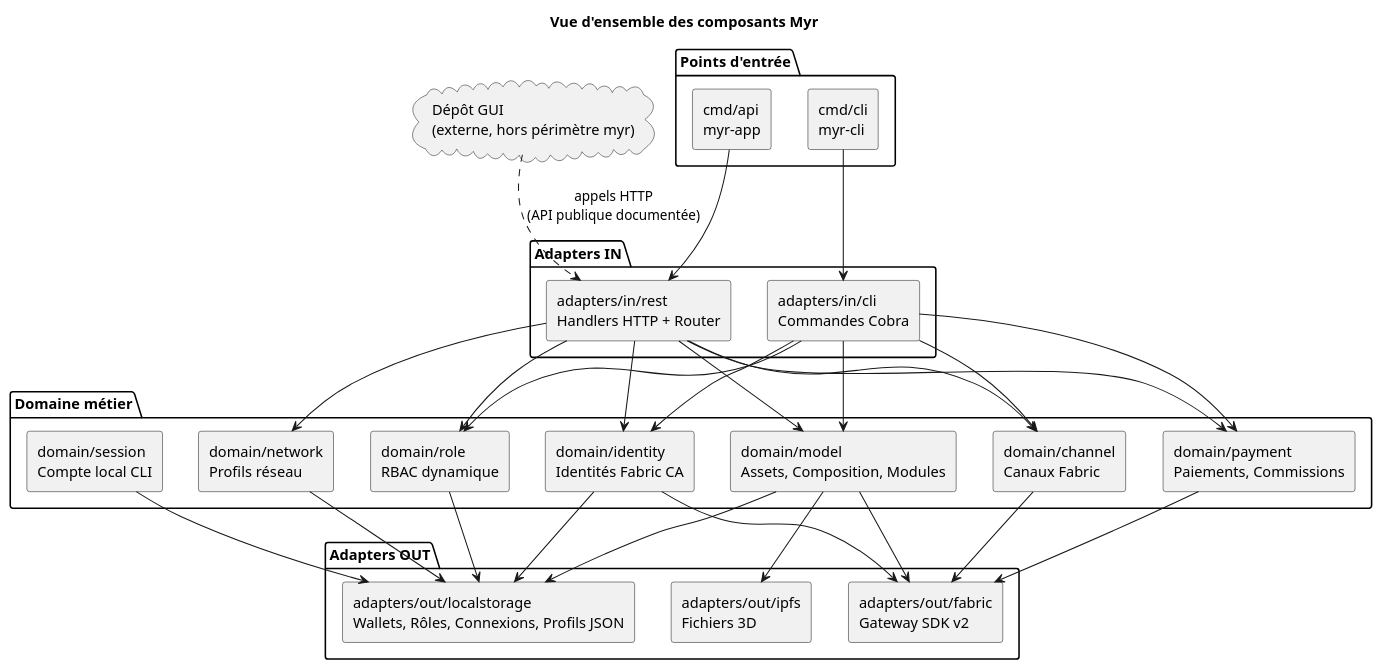
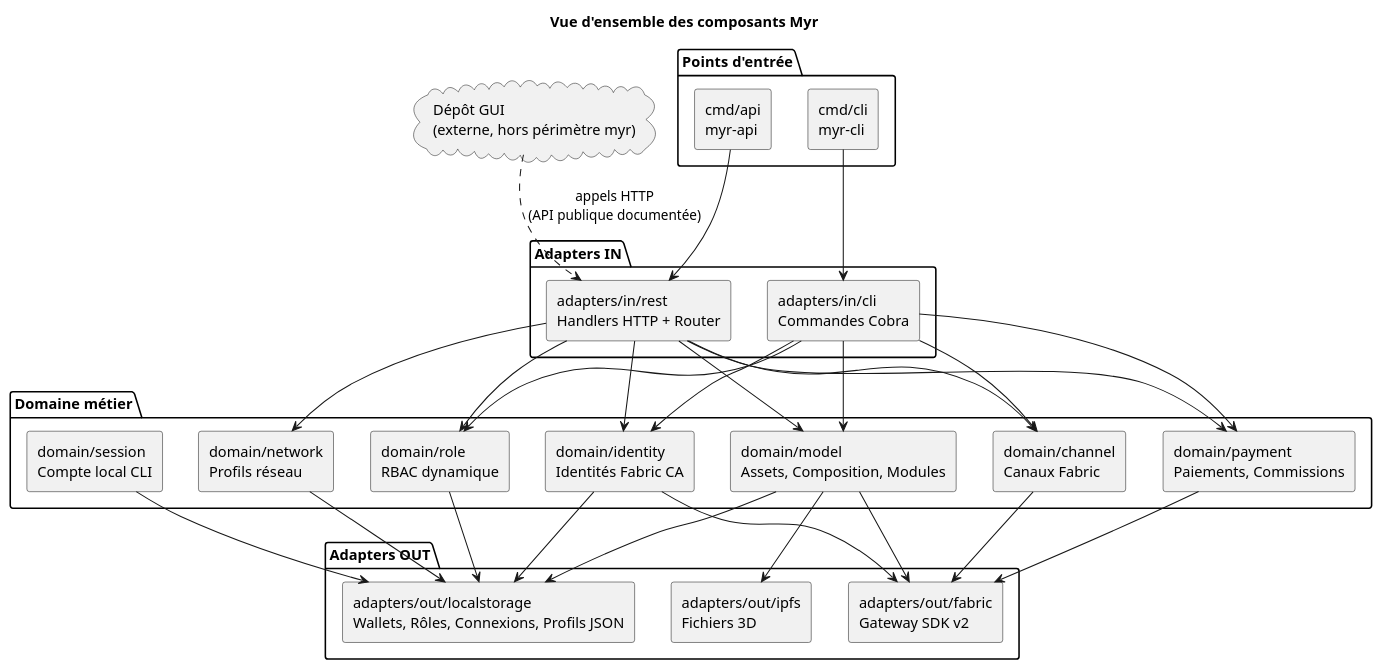
One commit to olivaux/myr changed the first of 2 diagrams in specs/3-Conception/Conception_intro.md. Above: the diagram before and after it, drawn with PlantUML. The commit also changed other lines of this file and 9 other files, not shown here.

Commit message:
change name myr-app to myr-api

````diff
--- a/specs/3-Conception/Conception_intro.md
+++ b/specs/3-Conception/Conception_intro.md
@@ -54,68 +54,68 @@
 ```plantuml
 @startuml
 title Vue d'ensemble des composants Myr
 
 skinparam componentStyle rectangle
 skinparam rectangle {
   BackgroundColor #f8f9fa
   BorderColor #6c757d
 }
 
 package "Points d'entrée" {
-  [cmd/api\nmyr-app] as CmdAPI
+  [cmd/api\nmyr-api] as CmdAPI
   [cmd/cli\nmyr-cli] as CmdCLI
 }
 
 cloud "Dépôt GUI\n(externe, hors périmètre myr)" as ExtGUI
 
 package "Adapters IN" {
   [adapters/in/rest\nHandlers HTTP + Router] as REST
   [adapters/in/cli\nCommandes Cobra] as CLI
 }
 
 package "Domaine métier" {
   [domain/model\nAssets, Composition, Modules] as DomModel
   [domain/identity\nIdentités Fabric CA] as DomIdentity
   [domain/role\nRBAC dynamique] as DomRole
   [domain/network\nProfils réseau] as DomNetwork
   [domain/channel\nCanaux Fabric] as DomChannel
   [domain/session\nCompte local CLI] as DomSession
   [domain/payment\nPaiements, Commissions] as DomPayment
 }
 
 package "Adapters OUT" {
   [adapters/out/fabric\nGateway SDK v2] as Fabric
   [adapters/out/localstorage\nWallets, Rôles, Connexions, Profils JSON] as LocalStorage
   [adapters/out/ipfs\nFichiers 3D] as IPFS
 }
 
 CmdAPI --> REST
 CmdCLI --> CLI
 ExtGUI ..> REST : appels HTTP\n(API publique documentée)
 
 REST --> DomModel
 REST --> DomIdentity
 REST --> DomRole
 REST --> DomNetwork
 REST --> DomChannel
 REST --> DomPayment
 
 CLI --> DomModel
 CLI --> DomIdentity
 CLI --> DomRole
 CLI --> DomChannel
 CLI --> DomPayment
 
 DomModel --> Fabric
 DomModel --> LocalStorage
 DomModel --> IPFS
 DomIdentity --> Fabric
 DomIdentity --> LocalStorage
 DomRole --> LocalStorage
 DomNetwork --> LocalStorage
 DomChannel --> Fabric
 DomSession --> LocalStorage
 DomPayment --> Fabric
 
 @enduml
 ```
````
